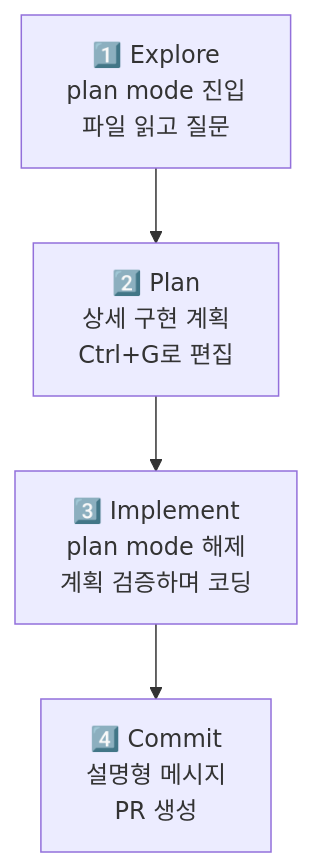
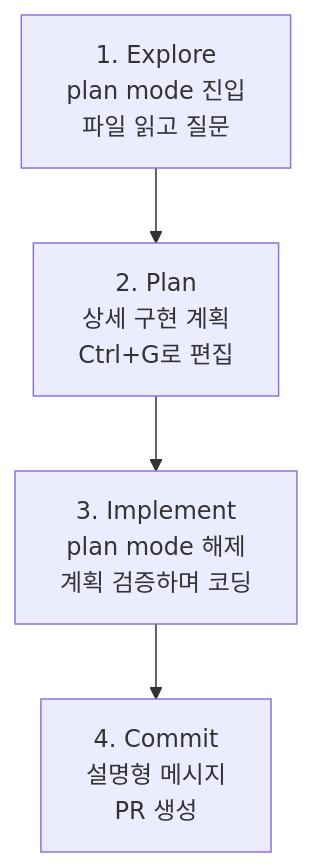
Before and after one commit to modu-ai/moai-adk: the diagram in docs-site/content/ko/claude-code/agentic/best-practices.md, drawn with Mermaid. The commit also changed other lines of this file and 395 other files, not shown here.

````diff
--- a/docs-site/content/ko/claude-code/agentic/best-practices.md
+++ b/docs-site/content/ko/claude-code/agentic/best-practices.md
@@ -40,6 +41,6 @@
 ```mermaid
 flowchart TD
-    A["1️⃣ Explore<br/>plan mode 진입<br/>파일 읽고 질문"] --> B["2️⃣ Plan<br/>상세 구현 계획<br/>Ctrl+G로 편집"]
-    B --> C["3️⃣ Implement<br/>plan mode 해제<br/>계획 검증하며 코딩"]
-    C --> D["4️⃣ Commit<br/>설명형 메시지<br/>PR 생성"]
+    A["1. Explore<br/>plan mode 진입<br/>파일 읽고 질문"] --> B["2. Plan<br/>상세 구현 계획<br/>Ctrl+G로 편집"]
+    B --> C["3. Implement<br/>plan mode 해제<br/>계획 검증하며 코딩"]
+    C --> D["4. Commit<br/>설명형 메시지<br/>PR 생성"]
 ```
````
